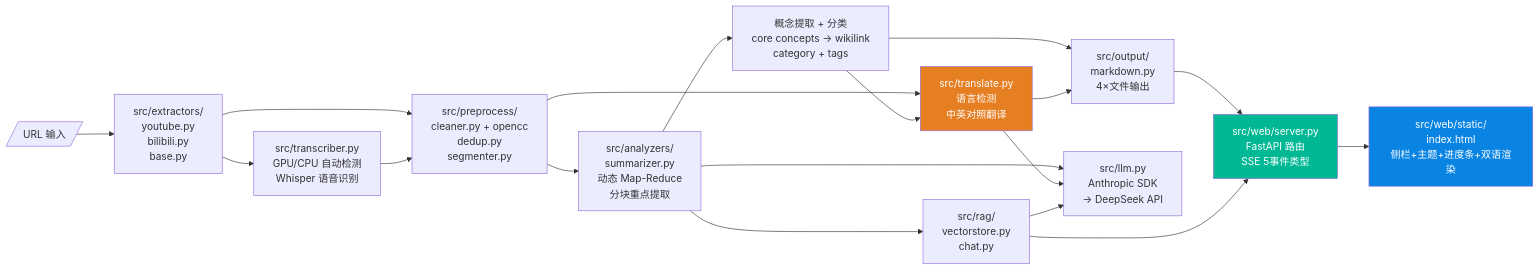
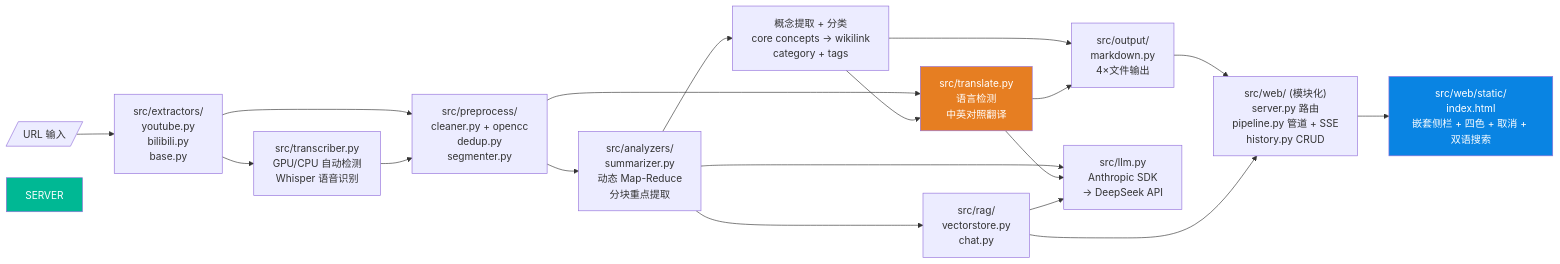
One commit to zoneby-Alex/scan changed the ninth of 9 diagrams in 迭代文档/流程图.md. Above: the diagram before and after it, drawn with Mermaid. The commit also changed other lines of this file and 18 other files, not shown here.

````diff
--- a/迭代文档/流程图.md
+++ b/迭代文档/流程图.md
@@ -257,38 +257,38 @@
 ```mermaid
 flowchart LR
     URL[/"URL 输入"/]
 
     URL --> EXTRACTORS["src/extractors/<br/>youtube.py<br/>bilibili.py<br/>base.py"]
 
     EXTRACTORS --> TRANSCRIBER["src/transcriber.py<br/>GPU/CPU 自动检测<br/>Whisper 语音识别"]
 
     EXTRACTORS --> PREPROCESS["src/preprocess/<br/>cleaner.py + opencc<br/>dedup.py<br/>segmenter.py"]
 
     TRANSCRIBER --> PREPROCESS
 
     PREPROCESS --> ANALYZERS["src/analyzers/<br/>summarizer.py<br/>动态 Map-Reduce<br/>分块重点提取"]
 
     PREPROCESS --> TRANSLATE["src/translate.py<br/>语言检测<br/>中英对照翻译"]
 
     ANALYZERS --> CONCEPTS["概念提取 + 分类<br/>core concepts → wikilink<br/>category + tags"]
     CONCEPTS --> TRANSLATE
 
     CONCEPTS --> OUTPUT["src/output/<br/>markdown.py<br/>4×文件输出"]
     ANALYZERS --> LLM["src/llm.py<br/>Anthropic SDK<br/>→ DeepSeek API"]
 
     TRANSLATE --> LLM
     TRANSLATE --> OUTPUT
 
     ANALYZERS --> RAG["src/rag/<br/>vectorstore.py<br/>chat.py"]
 
     RAG --> LLM
 
-    OUTPUT --> SERVER["src/web/server.py<br/>FastAPI 路由<br/>SSE 5事件类型"]
-    RAG --> SERVER
+    OUTPUT --> WEB["src/web/ (模块化)<br/>server.py 路由<br/>pipeline.py 管道 + SSE<br/>history.py CRUD"]
+    RAG --> WEB
 
-    SERVER --> FRONTEND["src/web/static/<br/>index.html<br/>侧栏+主题+进度条+双语渲染"]
+    WEB --> FRONTEND["src/web/static/<br/>index.html<br/>嵌套侧栏 + 四色 + 取消 + 双语搜索"]
 
     style SERVER fill:#00b894,color:#fff
     style FRONTEND fill:#0984e3,color:#fff
     style TRANSLATE fill:#e67e22,color:#fff
 ```
````
